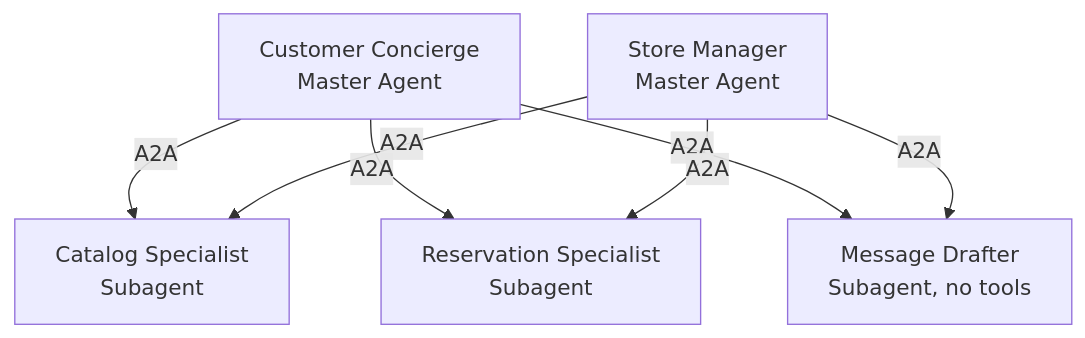
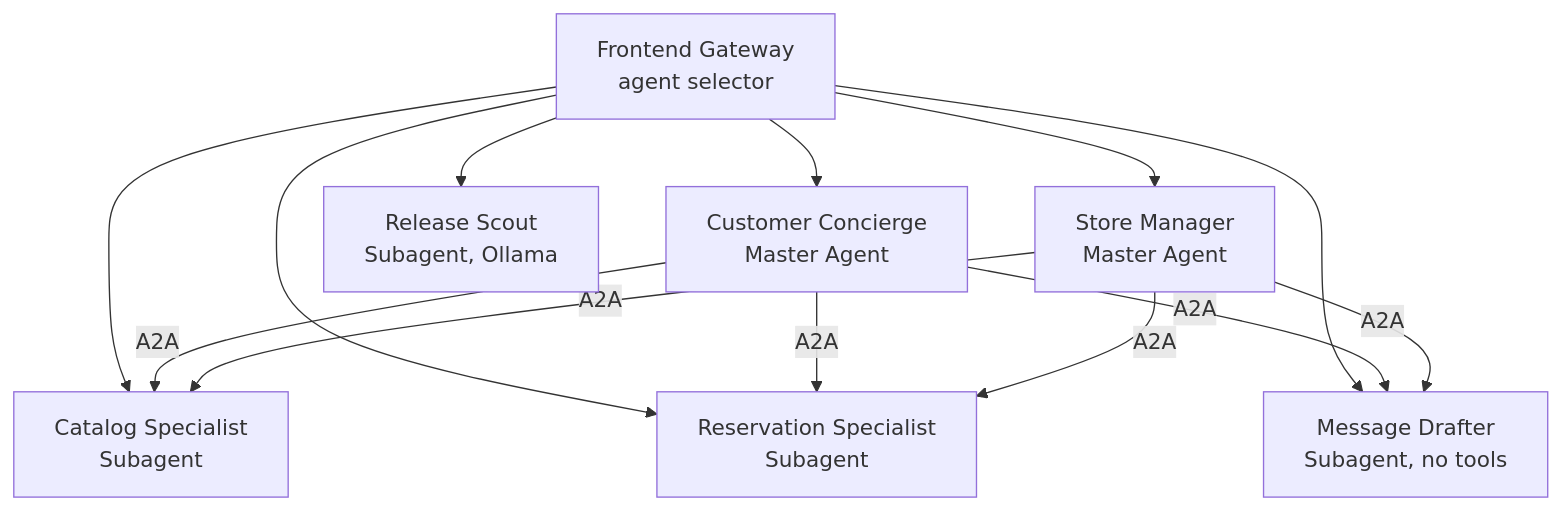
One commit to athanasios-u8/agentic-platform-k8s changed the first of 6 diagrams in docs/bookstore-agent-scenario.md. Above: the diagram before and after it, drawn with Mermaid. The commit also changed other lines of this file and 7 other files, not shown here.

````diff
--- a/docs/bookstore-agent-scenario.md
+++ b/docs/bookstore-agent-scenario.md
@@ -124,17 +145,26 @@
 ```mermaid
 flowchart TD
+  GW["Frontend Gateway\nagent selector"]
   CC["Customer Concierge\nMaster Agent"]
   SM["Store Manager\nMaster Agent"]
 
   CS["Catalog Specialist\nSubagent"]
   RS["Reservation Specialist\nSubagent"]
   MD["Message Drafter\nSubagent, no tools"]
+  Scout["Release Scout\nSubagent, Ollama"]
+
+  GW --> CC
+  GW --> SM
+  GW --> CS
+  GW --> RS
+  GW --> MD
+  GW --> Scout
 
   CC -->|A2A| CS
   CC -->|A2A| RS
   CC -->|A2A| MD
 
   SM -->|A2A| CS
   SM -->|A2A| RS
   SM -->|A2A| MD
 ```
````
